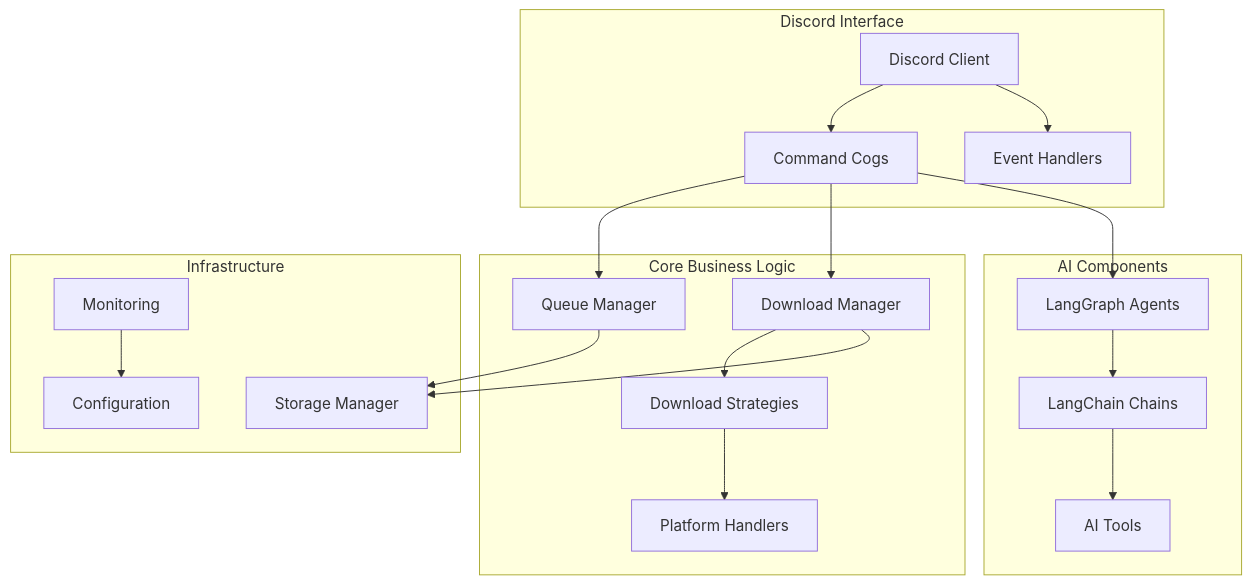
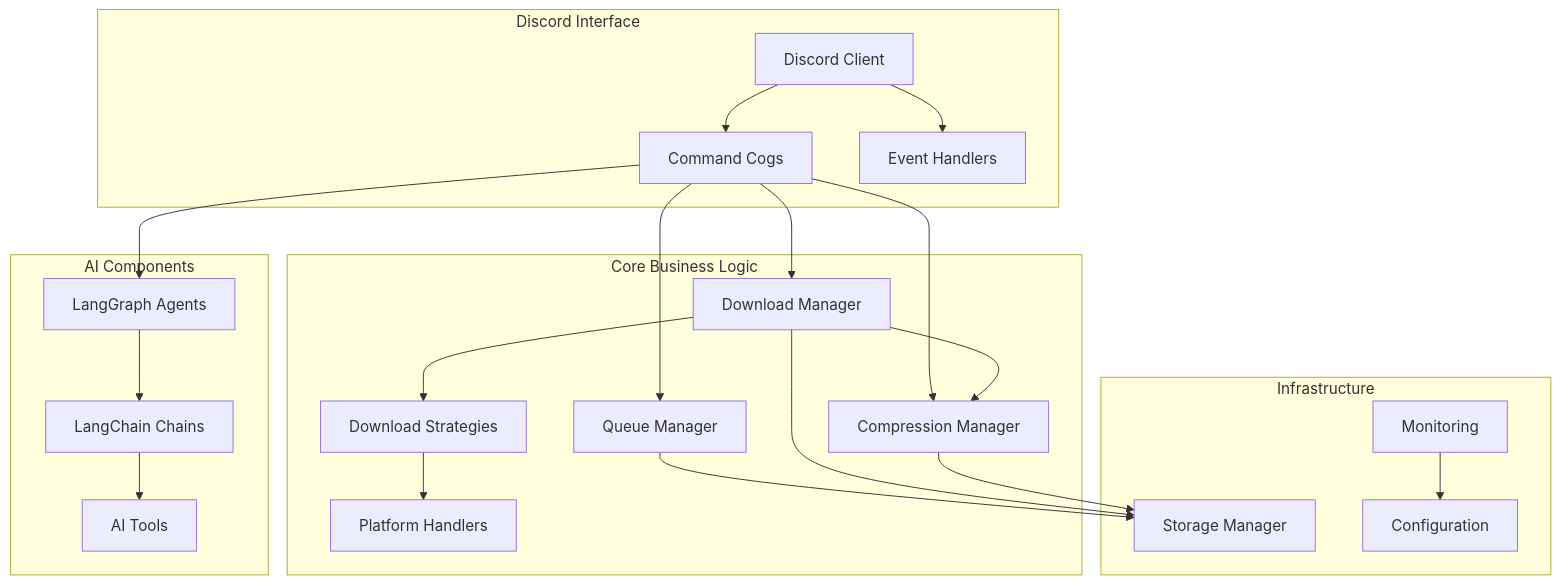
One commit to bossjones/boss-bot changed the diagram in docs/core/architecture-overview.md. Above: the diagram before and after it, drawn with Mermaid. The commit also changed other lines of this file and 4 other files, not shown here.

````diff
--- a/docs/core/architecture-overview.md
+++ b/docs/core/architecture-overview.md
@@ -18,40 +18,44 @@
 ```mermaid
 graph TB
     subgraph "Discord Interface"
         DC[Discord Client]
         COGS[Command Cogs]
         EVENTS[Event Handlers]
     end
 
     subgraph "Core Business Logic"
         QM[Queue Manager]
         DM[Download Manager]
+        CM[Compression Manager]
         STRAT[Download Strategies]
         HAND[Platform Handlers]
     end
 
     subgraph "AI Components"
         AGENTS[LangGraph Agents]
         CHAINS[LangChain Chains]
         TOOLS[AI Tools]
     end
 
     subgraph "Infrastructure"
         STORAGE[Storage Manager]
         MONITOR[Monitoring]
         CONFIG[Configuration]
     end
 
     DC --> COGS
     DC --> EVENTS
     COGS --> QM
     COGS --> DM
+    COGS --> CM
     DM --> STRAT
+    DM --> CM
     STRAT --> HAND
     COGS --> AGENTS
     AGENTS --> CHAINS
     CHAINS --> TOOLS
     QM --> STORAGE
     DM --> STORAGE
+    CM --> STORAGE
     MONITOR --> CONFIG
 ```
````
